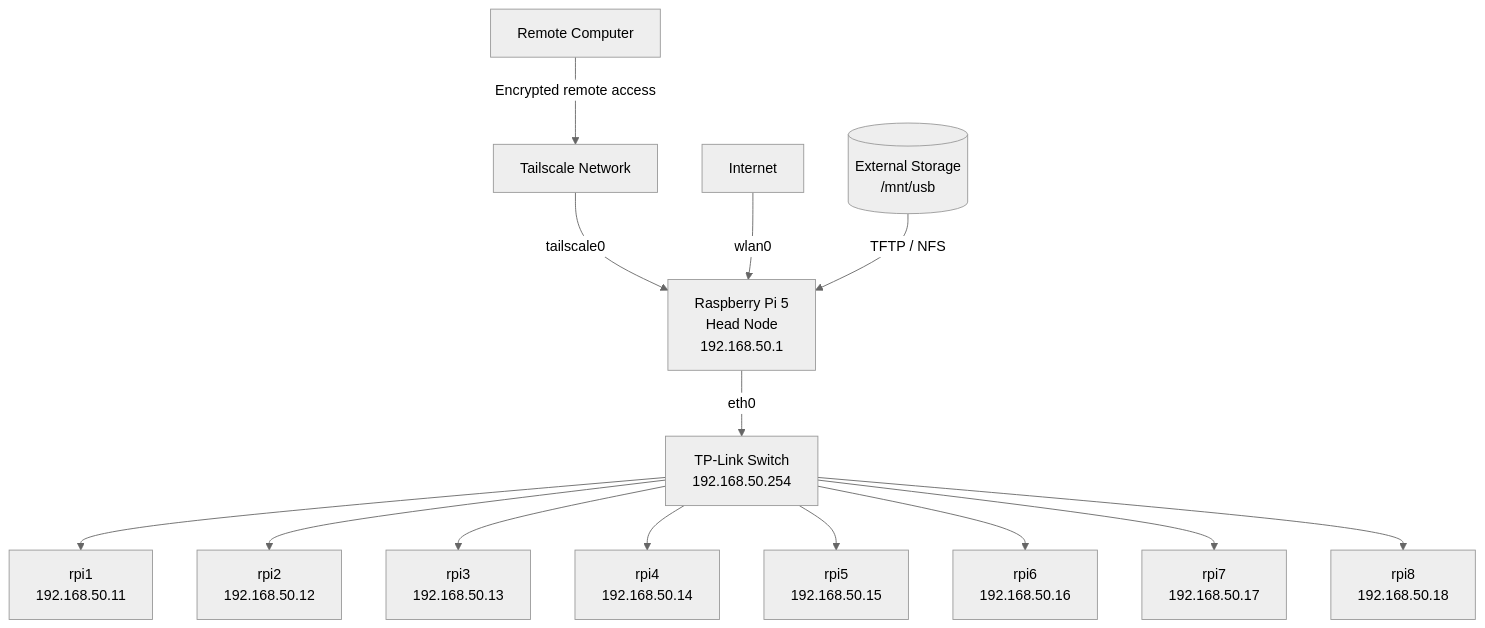
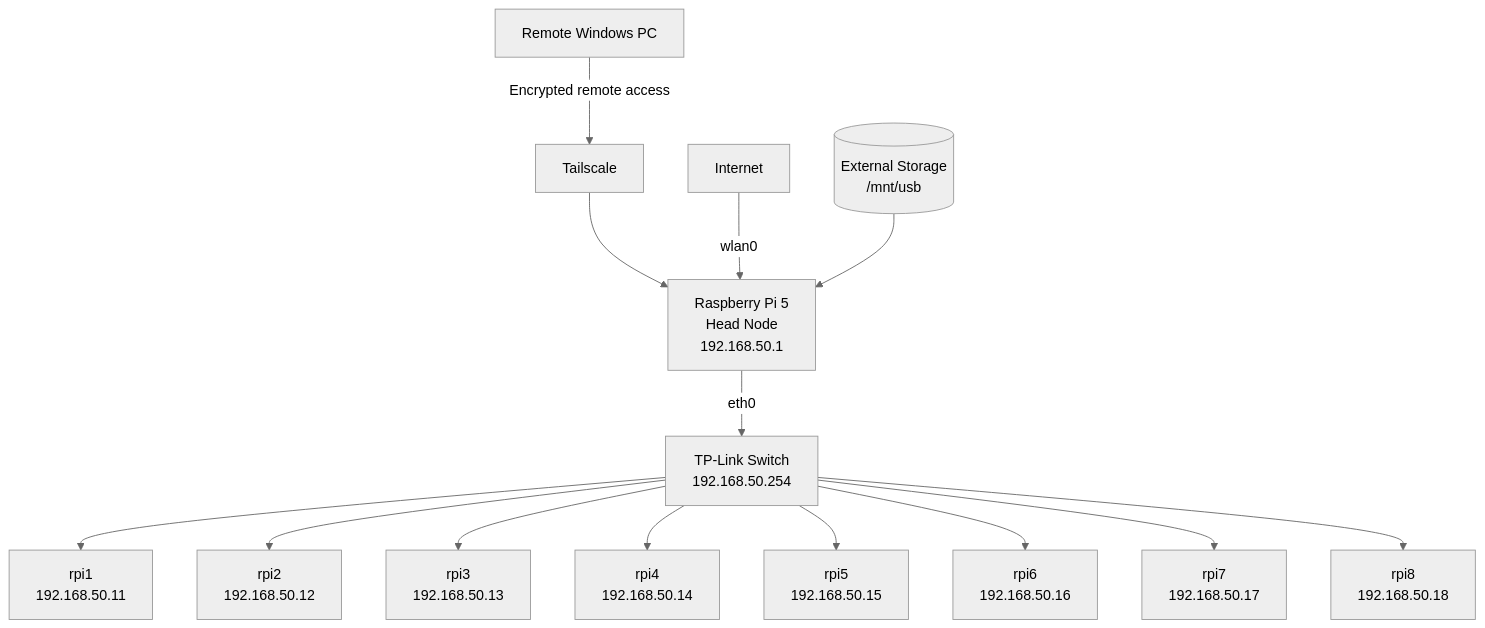
One commit to MikeMorelle/MikeMorelle.github.io changed the diagram in docs/architecture.md. Above: the diagram before and after it, drawn with Mermaid (neutral theme). The commit also changed other lines of this file, not shown here.

````diff
--- a/docs/architecture.md
+++ b/docs/architecture.md
@@ -19,36 +21,35 @@
 ```mermaid
 flowchart TB
-    Remote["Remote Computer"]
-    Tailscale["Tailscale Network"]
+    Remote["Remote Windows PC"]
+    Tail["Tailscale"]
     Internet["Internet"]
 
     Head["Raspberry Pi 5<br>Head Node<br>192.168.50.1"]
     Storage[("External Storage<br>/mnt/usb")]
     Switch["TP-Link Switch<br>192.168.50.254"]
 
     RPI1["rpi1<br>192.168.50.11"]
     RPI2["rpi2<br>192.168.50.12"]
     RPI3["rpi3<br>192.168.50.13"]
     RPI4["rpi4<br>192.168.50.14"]
     RPI5["rpi5<br>192.168.50.15"]
     RPI6["rpi6<br>192.168.50.16"]
     RPI7["rpi7<br>192.168.50.17"]
     RPI8["rpi8<br>192.168.50.18"]
 
-    Remote -->|"Encrypted remote access"| Tailscale
-    Tailscale -->|"tailscale0"| Head
+    Remote -->|"Encrypted remote access"| Tail
+    Tail --> Head
 
     Internet -->|"wlan0"| Head
-
-    Storage -->|"TFTP / NFS"| Head
+    Storage --> Head
     Head -->|"eth0"| Switch
 
     Switch --> RPI1
     Switch --> RPI2
     Switch --> RPI3
     Switch --> RPI4
     Switch --> RPI5
     Switch --> RPI6
     Switch --> RPI7
     Switch --> RPI8
 ```
````
